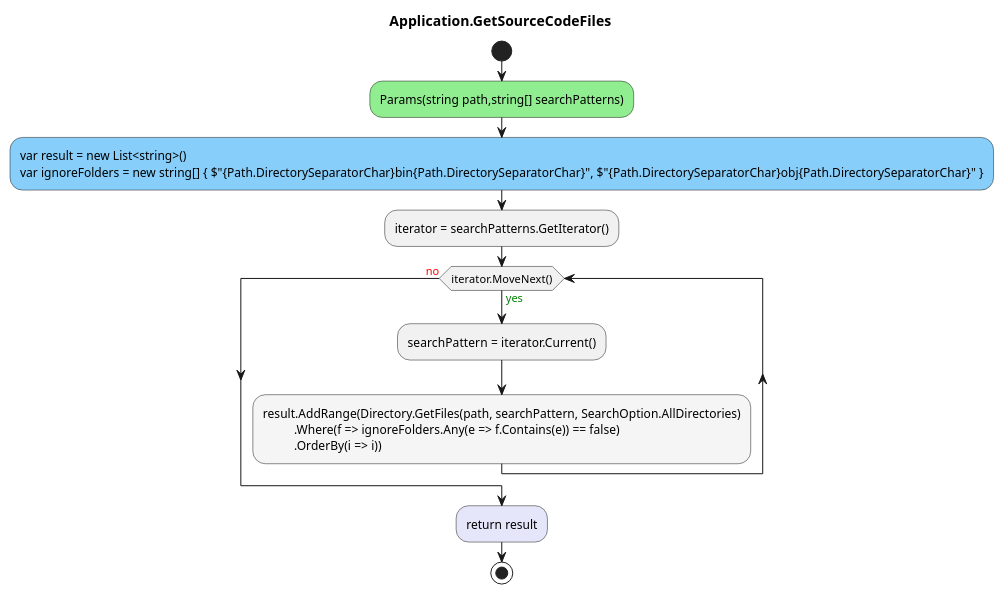
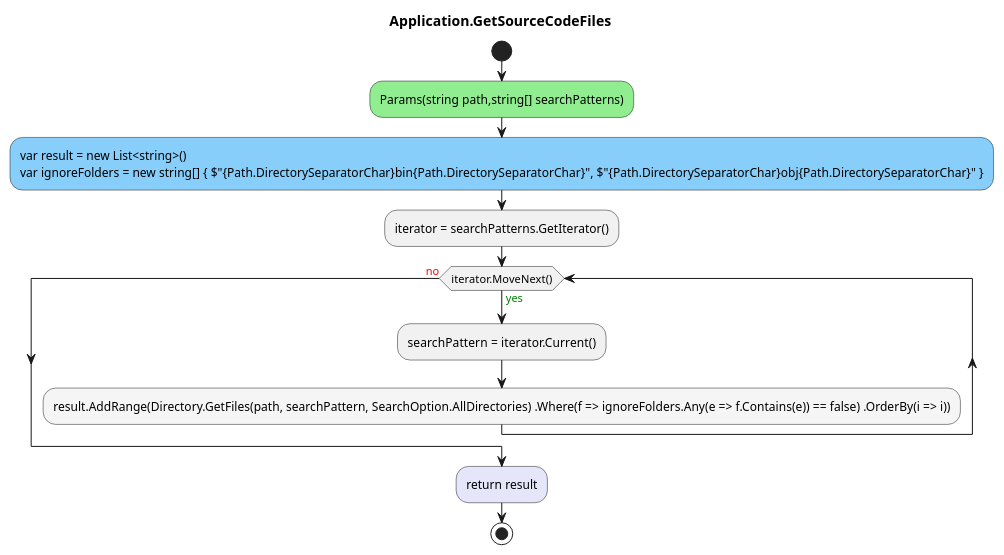
The diagram in CommonTool/diagrams/ac_Application_GetSourceCodeFiles.puml (leoggehrer/CommonTool), drawn with PlantUML before and after one commit. The commit also changed 17 other files, not shown here.

```diff
--- a/CommonTool/diagrams/ac_Application_GetSourceCodeFiles.puml
+++ b/CommonTool/diagrams/ac_Application_GetSourceCodeFiles.puml
@@ -1,15 +1,13 @@
 @startuml Application.GetSourceCodeFiles
 title Application.GetSourceCodeFiles
 start
 #LightGreen:Params(string path,string[] searchPatterns);
 #LightSkyBlue:var result = new List<string>()\nvar ignoreFolders = new string[] { $"{Path.DirectorySeparatorChar}bin{Path.DirectorySeparatorChar}", $"{Path.DirectorySeparatorChar}obj{Path.DirectorySeparatorChar}" };
 :iterator = searchPatterns.GetIterator();
 while (iterator.MoveNext()) is (<color:green>yes)
 :searchPattern = iterator.Current();
-            #WhiteSmoke:result.AddRange(Directory.GetFiles(path, searchPattern, SearchOption.AllDirectories)
-                      .Where(f => ignoreFolders.Any(e => f.Contains(e)) == false)
-                      .OrderBy(i => i));
+            #WhiteSmoke:result.AddRange(Directory.GetFiles(path, searchPattern, SearchOption.AllDirectories) .Where(f => ignoreFolders.Any(e => f.Contains(e)) == false) .OrderBy(i => i));
 endwhile (<color:red>no)
 #Lavender:return result;
 stop
 @enduml
```
